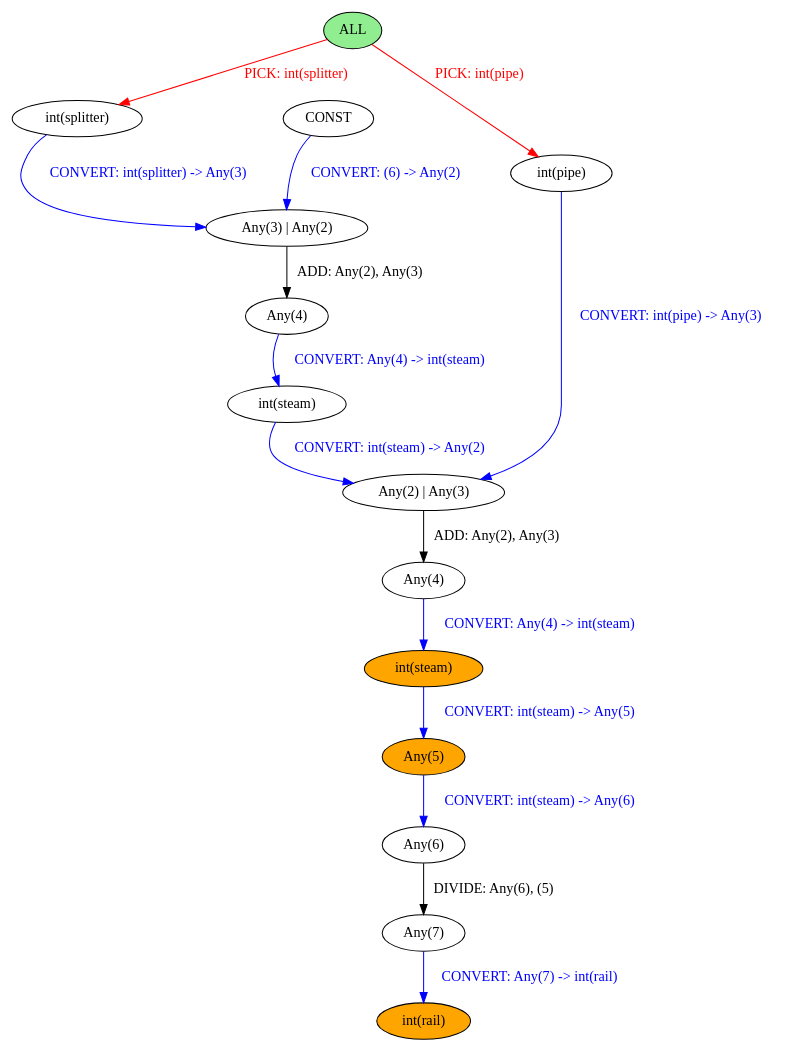
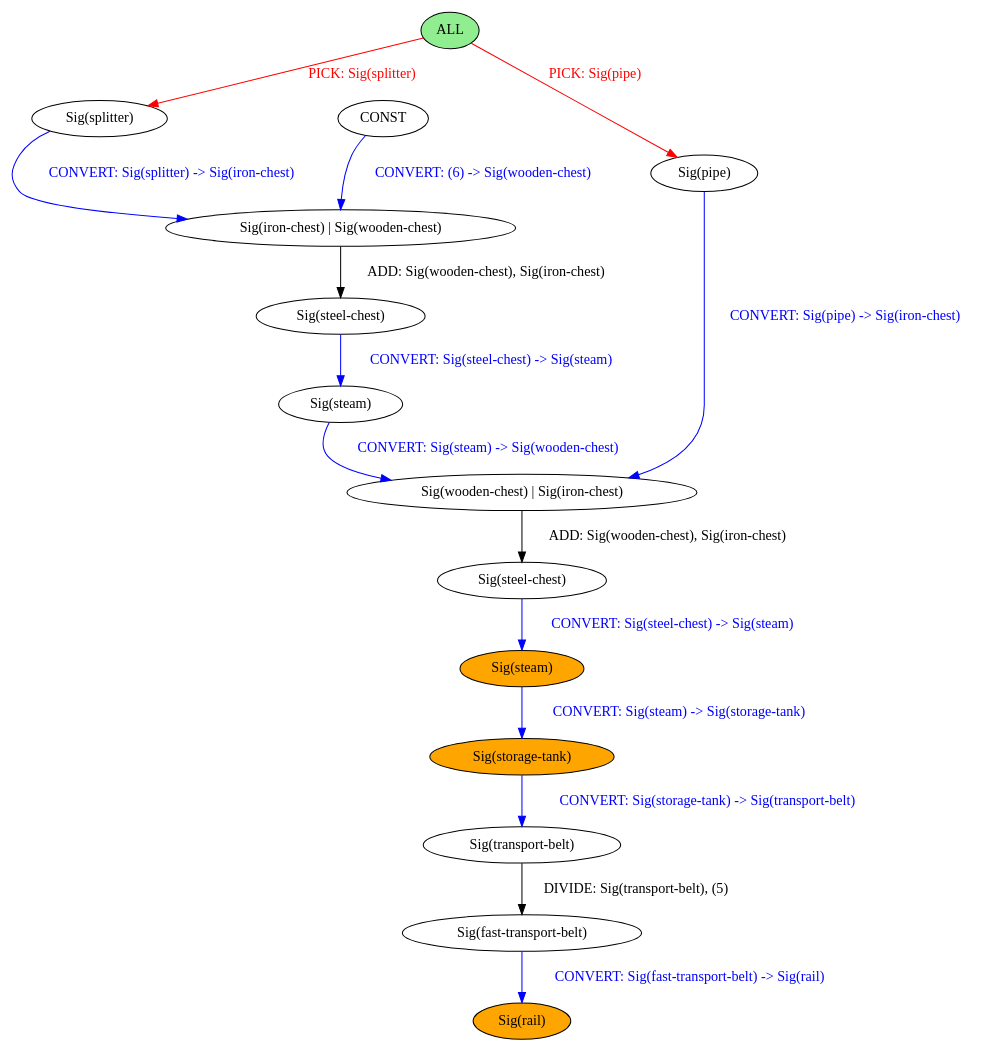
One commit to BalderHolst/chef changed the diagram in chef/example_outputs/link_block.dot. Above: the diagram before and after it, drawn with Graphviz. The commit also changed other lines of this file and 15 other files, not shown here.

```diff
--- a/chef/example_outputs/link_block.dot
+++ b/chef/example_outputs/link_block.dot
@@ -1,31 +1,31 @@
 strict digraph {
 	nodesep=1
-	5	[style=filled fillcolor=white label="Any(3) | Any(2)"]
-	4	[style=filled fillcolor=white label="Any(4)"]
-	7	[style=filled fillcolor=white label="int(splitter)"]
+	5	[style=filled fillcolor=white label="Sig(iron-chest) | Sig(wooden-chest)"]
+	4	[style=filled fillcolor=white label="Sig(steel-chest)"]
+	7	[style=filled fillcolor=white label="Sig(splitter)"]
 	0	[style=filled fillcolor=lightgreen label="ALL"]
-	13	[style=filled fillcolor=orange label="int(steam)"]
-	12	[style=filled fillcolor=white label="Any(2) | Any(3)"]
-	15	[style=filled fillcolor=white label="int(steam)"]
-	14	[style=filled fillcolor=white label="int(pipe)"]
+	13	[style=filled fillcolor=orange label="Sig(steam)"]
+	12	[style=filled fillcolor=white label="Sig(wooden-chest) | Sig(iron-chest)"]
+	15	[style=filled fillcolor=white label="Sig(steam)"]
+	14	[style=filled fillcolor=white label="Sig(pipe)"]
 	8	[style=filled fillcolor=white label="CONST"]
-	11	[style=filled fillcolor=white label="Any(4)"]
-	21	[style=filled fillcolor=white label="Any(6)"]
-	23	[style=filled fillcolor=orange label="int(rail)"]
-	22	[style=filled fillcolor=white label="Any(7)"]
-	18	[style=filled fillcolor=orange label="Any(5)"]
-	5 -> 4	[label="ADD: Any(2), Any(3)" color=black fontcolor=black]
-	4 -> 15	[label="CONVERT: Any(4) -> int(steam)" color=blue fontcolor=blue]
-	7 -> 5	[label="CONVERT: int(splitter) -> Any(3)" color=blue fontcolor=blue]
-	0 -> 14	[label="PICK: int(pipe)" color=red fontcolor=red]
-	0 -> 7	[label="PICK: int(splitter)" color=red fontcolor=red]
-	13 -> 18	[label="CONVERT: int(steam) -> Any(5)" color=blue fontcolor=blue]
-	12 -> 11	[label="ADD: Any(2), Any(3)" color=black fontcolor=black]
-	15 -> 12	[label="CONVERT: int(steam) -> Any(2)" color=blue fontcolor=blue]
-	14 -> 12	[label="CONVERT: int(pipe) -> Any(3)" color=blue fontcolor=blue]
-	8 -> 5	[label="CONVERT: (6) -> Any(2)" color=blue fontcolor=blue]
-	11 -> 13	[label="CONVERT: Any(4) -> int(steam)" color=blue fontcolor=blue]
-	21 -> 22	[label="DIVIDE: Any(6), (5)" color=black fontcolor=black]
-	22 -> 23	[label="CONVERT: Any(7) -> int(rail)" color=blue fontcolor=blue]
-	18 -> 21	[label="CONVERT: int(steam) -> Any(6)" color=blue fontcolor=blue]
+	11	[style=filled fillcolor=white label="Sig(steel-chest)"]
+	21	[style=filled fillcolor=white label="Sig(transport-belt)"]
+	23	[style=filled fillcolor=orange label="Sig(rail)"]
+	22	[style=filled fillcolor=white label="Sig(fast-transport-belt)"]
+	18	[style=filled fillcolor=orange label="Sig(storage-tank)"]
+	5 -> 4	[label="ADD: Sig(wooden-chest), Sig(iron-chest)" color=black fontcolor=black]
+	4 -> 15	[label="CONVERT: Sig(steel-chest) -> Sig(steam)" color=blue fontcolor=blue]
+	7 -> 5	[label="CONVERT: Sig(splitter) -> Sig(iron-chest)" color=blue fontcolor=blue]
+	0 -> 14	[label="PICK: Sig(pipe)" color=red fontcolor=red]
+	0 -> 7	[label="PICK: Sig(splitter)" color=red fontcolor=red]
+	13 -> 18	[label="CONVERT: Sig(steam) -> Sig(storage-tank)" color=blue fontcolor=blue]
+	12 -> 11	[label="ADD: Sig(wooden-chest), Sig(iron-chest)" color=black fontcolor=black]
+	15 -> 12	[label="CONVERT: Sig(steam) -> Sig(wooden-chest)" color=blue fontcolor=blue]
+	14 -> 12	[label="CONVERT: Sig(pipe) -> Sig(iron-chest)" color=blue fontcolor=blue]
+	8 -> 5	[label="CONVERT: (6) -> Sig(wooden-chest)" color=blue fontcolor=blue]
+	11 -> 13	[label="CONVERT: Sig(steel-chest) -> Sig(steam)" color=blue fontcolor=blue]
+	21 -> 22	[label="DIVIDE: Sig(transport-belt), (5)" color=black fontcolor=black]
+	22 -> 23	[label="CONVERT: Sig(fast-transport-belt) -> Sig(rail)" color=blue fontcolor=blue]
+	18 -> 21	[label="CONVERT: Sig(storage-tank) -> Sig(transport-belt)" color=blue fontcolor=blue]
 }
```
